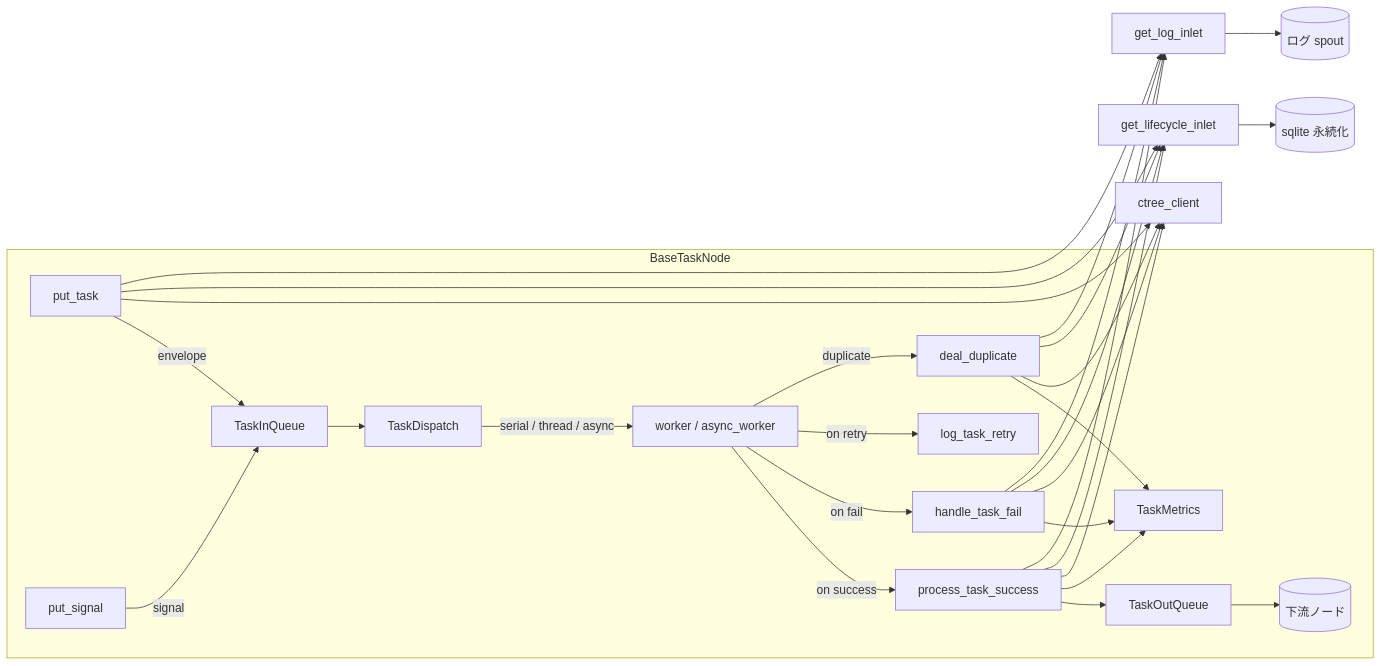
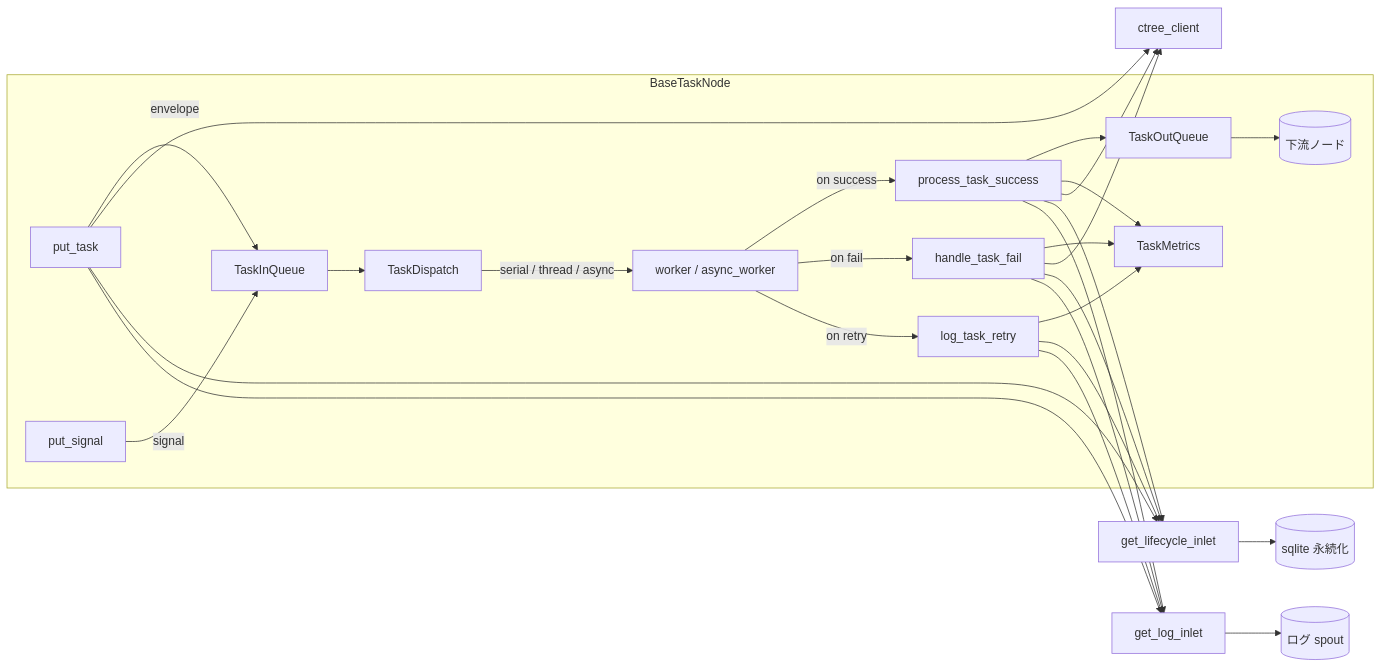
The second of 2 diagrams in docs/ja/src/node/core_node.md (Mr-xiaotian/CelestialFlow), drawn with Mermaid before and after one commit. The commit also changed other lines of this file and 211 other files, not shown here.

````diff
--- a/docs/ja/src/node/core_node.md
+++ b/docs/ja/src/node/core_node.md
@@ -181,34 +200,32 @@
 ```mermaid
 flowchart LR
     subgraph "BaseTaskNode"
         PutTask[put_task] -->|envelope| TaskQueue[TaskInQueue]
         PutSignal[put_signal] -->|signal| TaskQueue
         TaskQueue --> Dispatch[TaskDispatch]
         Dispatch -->|serial / thread / async| Worker[worker / async_worker]
         Worker -->|on success| PTS[process_task_success]
         Worker -->|on fail| HTF[handle_task_fail]
         Worker -->|on retry| LTR[log_task_retry]
-        Worker -->|duplicate| DD[deal_duplicate]
-        PTS --> ResultQueue[TaskOutQueue]
-        ResultQueue --> Downstream[(下流ノード)]
+        PTS --> YieldQueue[TaskOutQueue]
+        YieldQueue --> Downstream[(下流ノード)]
         PTS --> Metrics[TaskMetrics]
         HTF --> Metrics
-        DD --> Metrics
+        LTR --> Metrics
     end
 
     PutTask --> CT[ctree_client]
     HTF --> CT
-    DD --> CT
     PTS --> CT
 
     PutTask --> LCI[get_lifecycle_inlet]
     PutTask --> GLI[get_log_inlet]
     PTS --> LCI
     PTS --> GLI
     HTF --> LCI
     HTF --> GLI
-    DD --> LCI
-    DD --> GLI
+    LTR --> LCI
+    LTR --> GLI
     LCI --> SQLite[(sqlite 永続化)]
     GLI --> LogStore[(ログ spout)]
 ```
````
